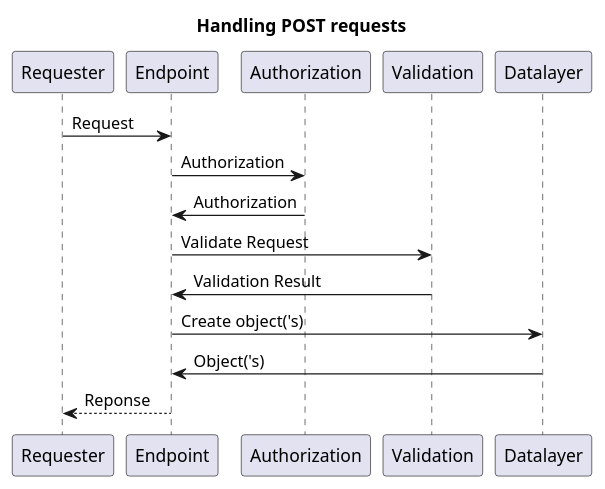
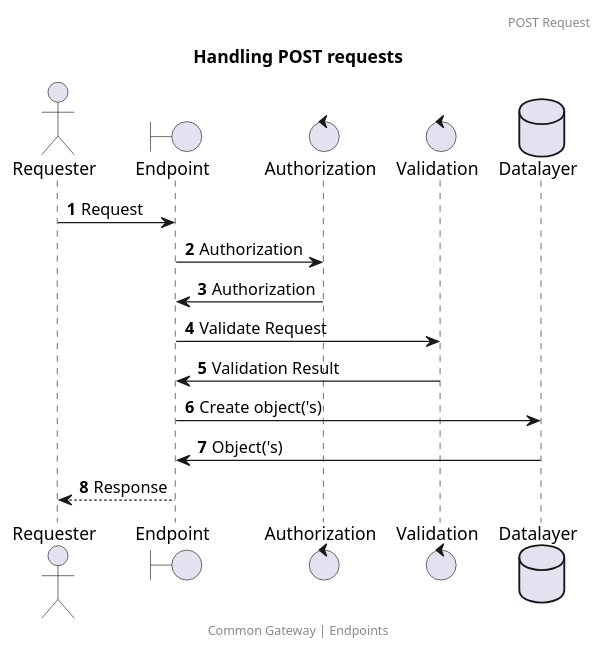
The diagram in docs/features/request_post.puml (CommonGateway/CoreBundle), drawn with PlantUML before and after one commit. The commit also changed 6 other files, not shown here.

```diff
--- a/docs/features/request_post.puml
+++ b/docs/features/request_post.puml
@@ -1,11 +1,21 @@
 @startuml
 title: Handling POST requests
+footer: Common Gateway | Endpoints
+header: POST Request
+autonumber
+
+actor       Requester        as Requester
+boundary    Endpoint         as Endpoint
+control     Authorization    as Authorization
+control     Validation       as Validation
+database    Datalayer        as Datalayer
+
 Requester -> Endpoint: Request
 Endpoint -> Authorization  : Authorization
 Authorization -> Endpoint  : Authorization
 Endpoint -> Validation : Validate Request
 Validation -> Endpoint : Validation Result
 Endpoint -> Datalayer : Create object('s)
 Datalayer -> Endpoint : Object('s)
-Endpoint --> Requester: Reponse
+Endpoint --> Requester: Response
 @enduml
```
